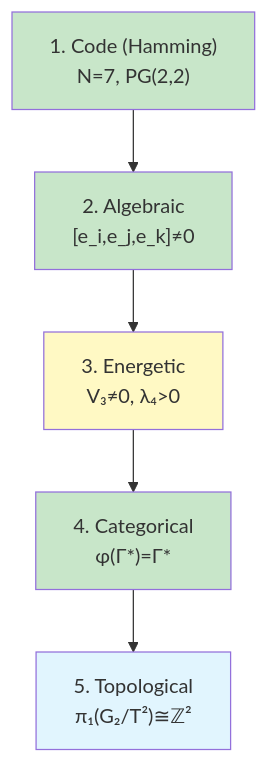
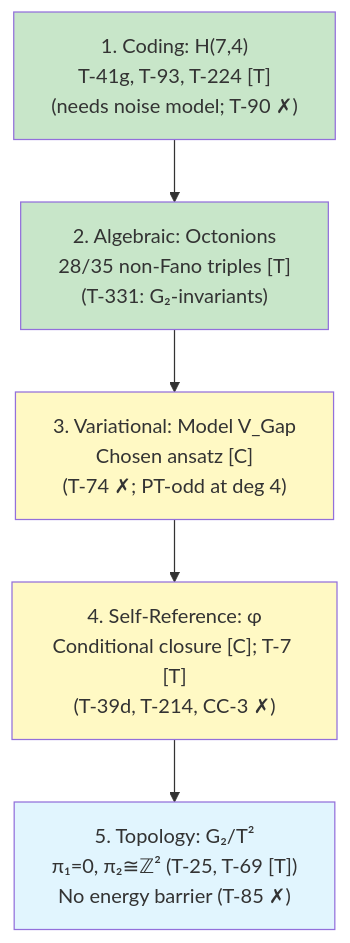
One commit to gst-st/uhm changed the diagram in website/docs/applied/coherence-cybernetics/topological-protection.md. Above: the diagram before and after it, drawn with Mermaid. The commit also changed other lines of this file and 376 other files, not shown here.

First line of the commit message:
Refactor UHM canon, decontaminate architecture, and verify EN/RU parity

````diff
--- a/website/docs/applied/coherence-cybernetics/topological-protection.md
+++ b/website/docs/applied/coherence-cybernetics/topological-protection.md
@@ -338,13 +236,13 @@
 ```mermaid
 graph TD
-    A["1. Code (Hamming)<br/>N=7, PG(2,2)"] --> B["2. Algebraic<br/>[e_i,e_j,e_k]≠0"]
-    B --> C["3. Energetic<br/>V₃≠0, λ₄>0"]
-    C --> D["4. Categorical<br/>φ(Γ*)=Γ*"]
-    D --> E["5. Topological<br/>π₁(G₂/T²)≅ℤ²"]
+    A["1. Coding: H(7,4)<br/>T-41g, T-93, T-224 [T]<br/>(needs noise model; T-90 ✗)"] --> B["2. Algebraic: Octonions<br/>28/35 non-Fano triples [T]<br/>(T-331: G₂-invariants)"]
+    B --> C["3. Variational: Model V_Gap<br/>Chosen ansatz [C]<br/>(T-74 ✗; PT-odd at deg 4)"]
+    C --> D["4. Self-Reference: φ<br/>Conditional closure [C]; T-7 [T]<br/>(T-39d, T-214, CC-3 ✗)"]
+    D --> E["5. Topology: G₂/T²<br/>π₁=0, π₂≅ℤ² (T-25, T-69 [T])<br/>No energy barrier (T-85 ✗)"]
 
     style A fill:#c8e6c9
     style B fill:#c8e6c9
     style C fill:#fff9c4
-    style D fill:#c8e6c9
+    style D fill:#fff9c4
     style E fill:#e1f5fe
 ```
````
